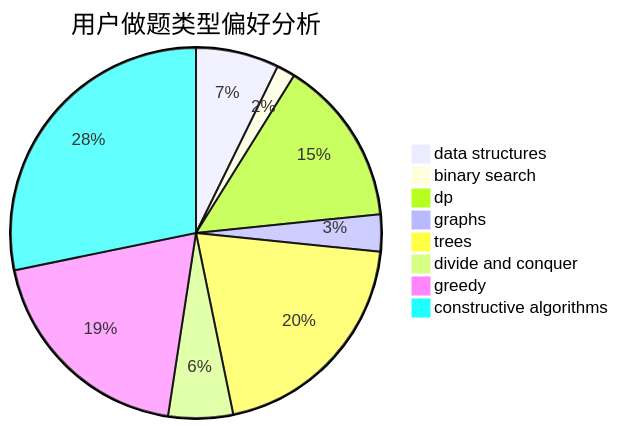
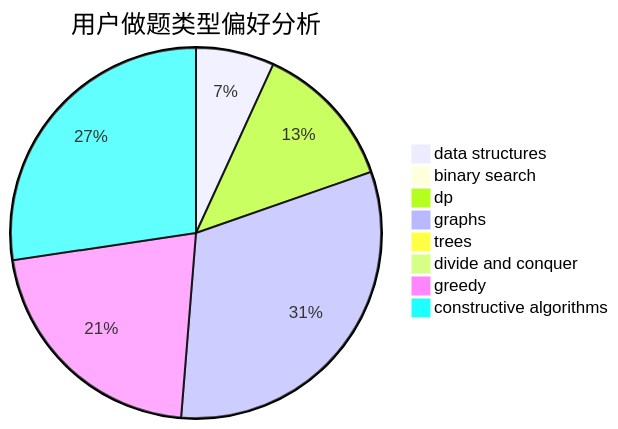
The second of 3 diagrams in docs/user/u2219.md (sherpahu/cfrs.github.io), drawn with Mermaid before and after one commit. The commit also changed other lines of this file and 2770 other files, not shown here.

````diff
--- a/docs/user/u2219.md
+++ b/docs/user/u2219.md
@@ -23,11 +23,11 @@
 ```mermaid
 pie title 用户做题类型偏好分析
-    "data structures" :  9
-    "binary search" :  2
-    "dp" :  18
-    "graphs" :  4
-    "trees" :  25
-    "divide and conquer" :  7
-    "greedy" :  24
-    "constructive algorithms" :  35
+    "data structures" :  8
+    "binary search" :  0
+    "dp" :  15
+    "graphs" :  37
+    "trees" :  0
+    "divide and conquer" :  1
+    "greedy" :  25
+    "constructive algorithms" :  32
 ```
````
